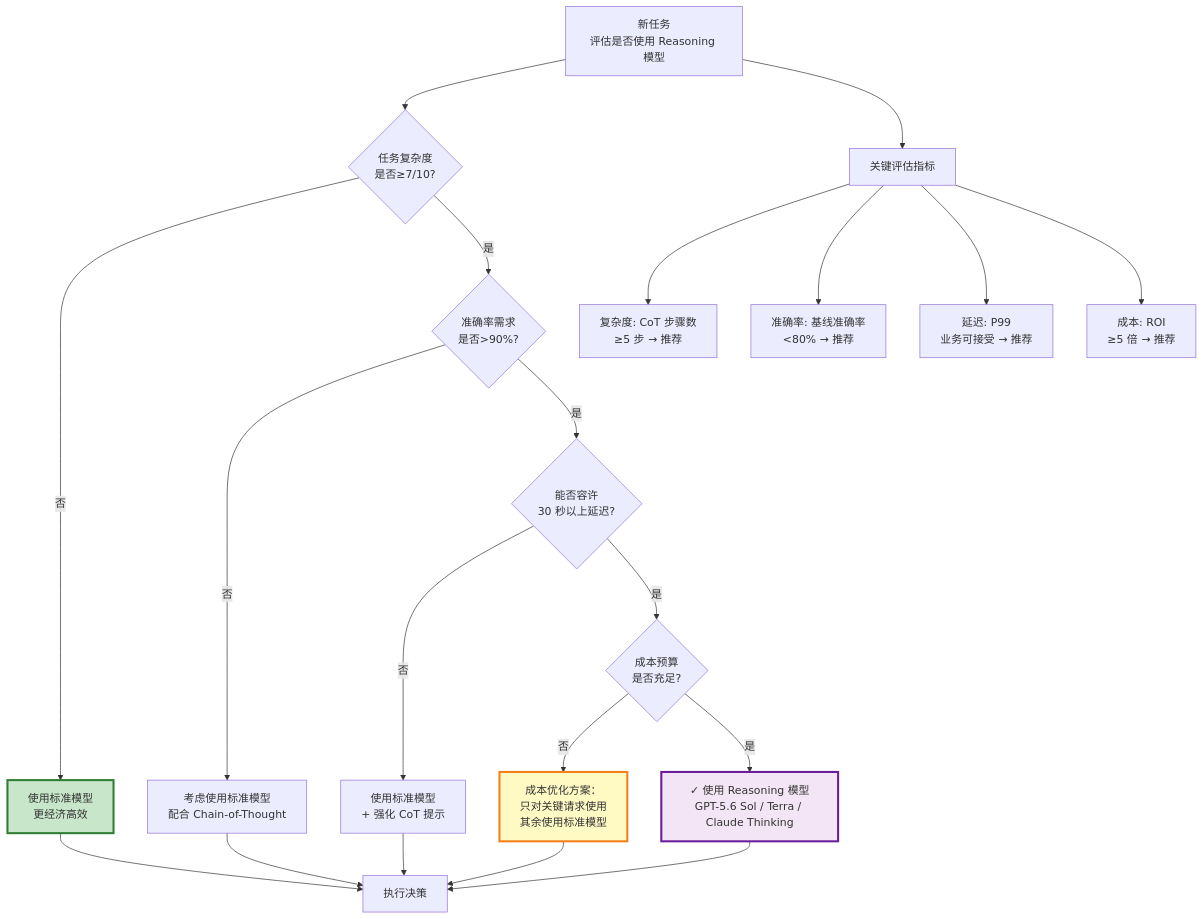
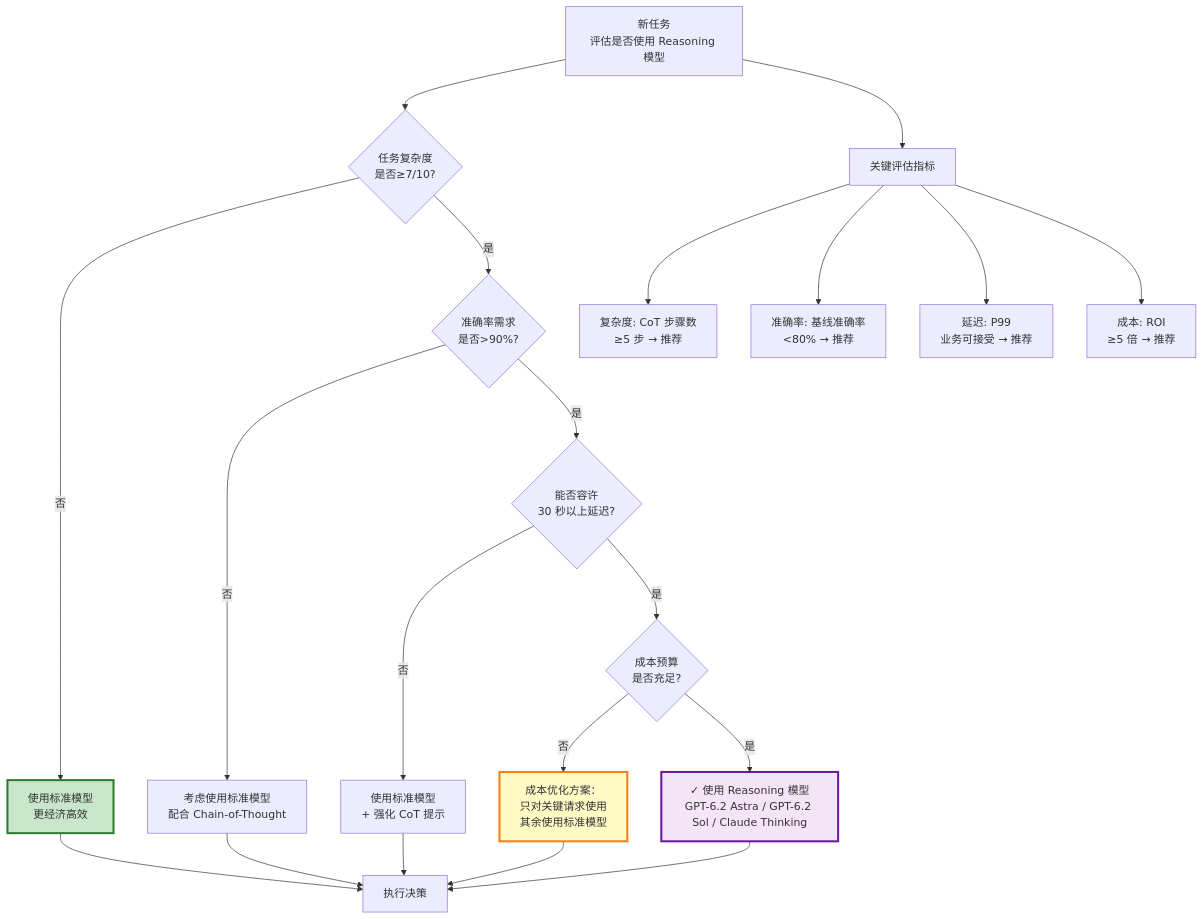
Before and after one commit to yeasy/prompt_engineering_guide: the second of 4 diagrams in 06_chain_of_thought/6.6_reasoning_decision_framework.md, drawn with Mermaid. The commit also changed other lines of this file and 27 other files, not shown here.

````diff
--- a/06_chain_of_thought/6.6_reasoning_decision_framework.md
+++ b/06_chain_of_thought/6.6_reasoning_decision_framework.md
@@ -148,34 +148,34 @@
 ```mermaid
 graph TD
     Start["新任务<br/>评估是否使用 Reasoning 模型"]
 
     Start --> Q1{"任务复杂度<br/>是否≥7/10?"}
 
     Q1 -->|否| Use_Standard["使用标准模型<br/>更经济高效"]
     Q1 -->|是| Q2{"准确率需求<br/>是否>90%?"}
 
     Q2 -->|否| Consider["考虑使用标准模型<br/>配合 Chain-of-Thought"]
     Q2 -->|是| Q3{"能否容许<br/>30 秒以上延迟?"}
 
     Q3 -->|否| UseStandard_COT["使用标准模型<br/>+ 强化 CoT 提示"]
     Q3 -->|是| Q4{"成本预算<br/>是否充足?"}
 
     Q4 -->|否| UseOptimized["成本优化方案：<br/>只对关键请求使用<br/>其余使用标准模型"]
-    Q4 -->|是| UseReasoning["✓ 使用 Reasoning 模型<br/>GPT-5.6 Sol / Terra / Claude Thinking"]
+    Q4 -->|是| UseReasoning["✓ 使用 Reasoning 模型<br/>GPT-6.2 Astra / GPT-6.2 Sol / Claude Thinking"]
 
     Start --> Metrics["关键评估指标"]
     Metrics --> M1["复杂度: CoT 步骤数<br/>≥5 步 → 推荐"]
     Metrics --> M2["准确率: 基线准确率<br/><80% → 推荐"]
     Metrics --> M3["延迟: P99<br/>业务可接受 → 推荐"]
     Metrics --> M4["成本: ROI<br/>≥5 倍 → 推荐"]
 
     Use_Standard --> End["执行决策"]
     Consider --> End
     UseStandard_COT --> End
     UseOptimized --> End
     UseReasoning --> End
 
     style UseReasoning fill:#f3e5f5,stroke:#6a1b9a,stroke-width:3px
     style Use_Standard fill:#c8e6c9,stroke:#2e7d32,stroke-width:3px
     style UseOptimized fill:#fff9c4,stroke:#f57f17,stroke-width:3px
 ```
````
